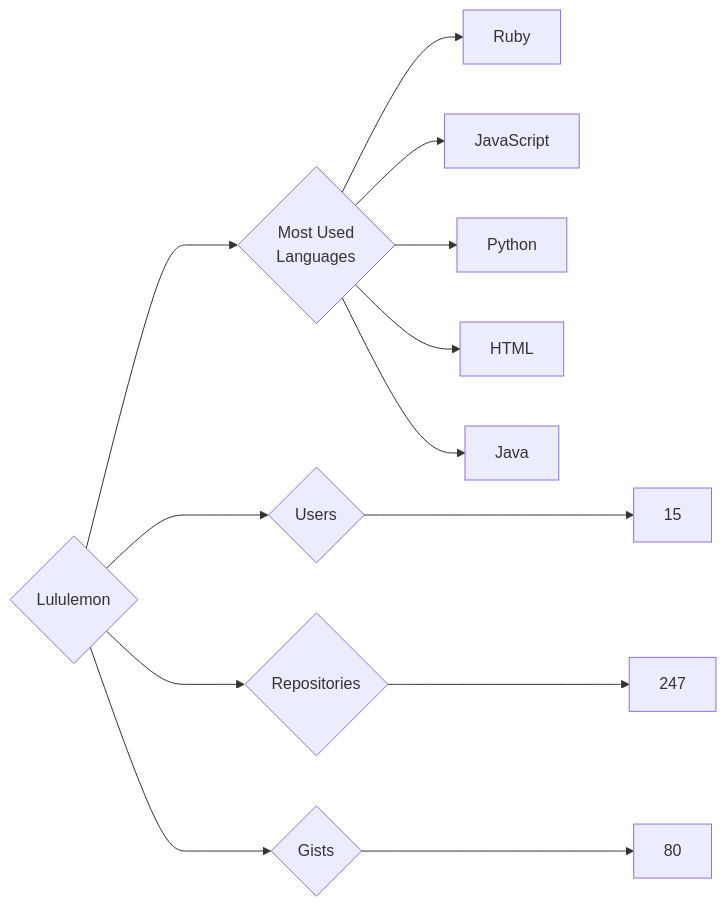
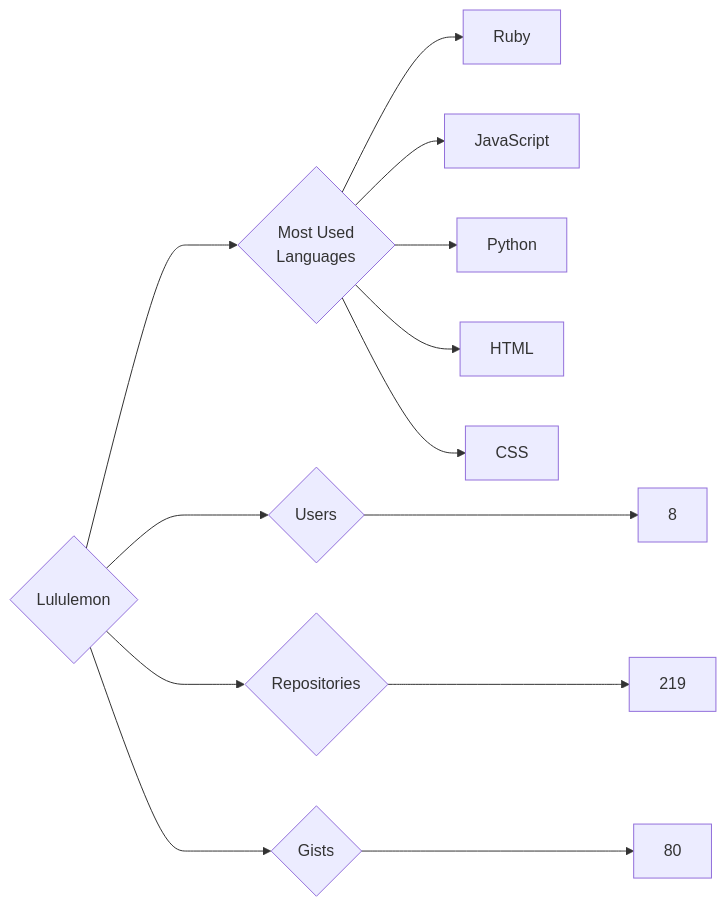
One commit to trickest/insiders changed the diagram in targets/Lululemon/README.md. Above: the diagram before and after it, drawn with Mermaid. The commit also changed 1508 other files, not shown here.

````diff
--- a/targets/Lululemon/README.md
+++ b/targets/Lululemon/README.md
@@ -3,13 +3,13 @@
 ```mermaid
 graph LR
 COMPANY_NAME{Lululemon}
-COMPANY_NAME ---> U{Users} ---> UN[15]
-COMPANY_NAME ---> R{Repositories} ---> RN[247]
+COMPANY_NAME ---> U{Users} ---> UN[8]
+COMPANY_NAME ---> R{Repositories} ---> RN[219]
 COMPANY_NAME ---> G{Gists} ---> GN[80]
 COMPANY_NAME ---> ML{Most Used<br>Languages}
 ML --> Ruby[Ruby]
 ML --> JavaScript[JavaScript]
 ML --> Python[Python]
 ML --> HTML[HTML]
-ML --> Java[Java]
+ML --> CSS[CSS]
 ```
````
